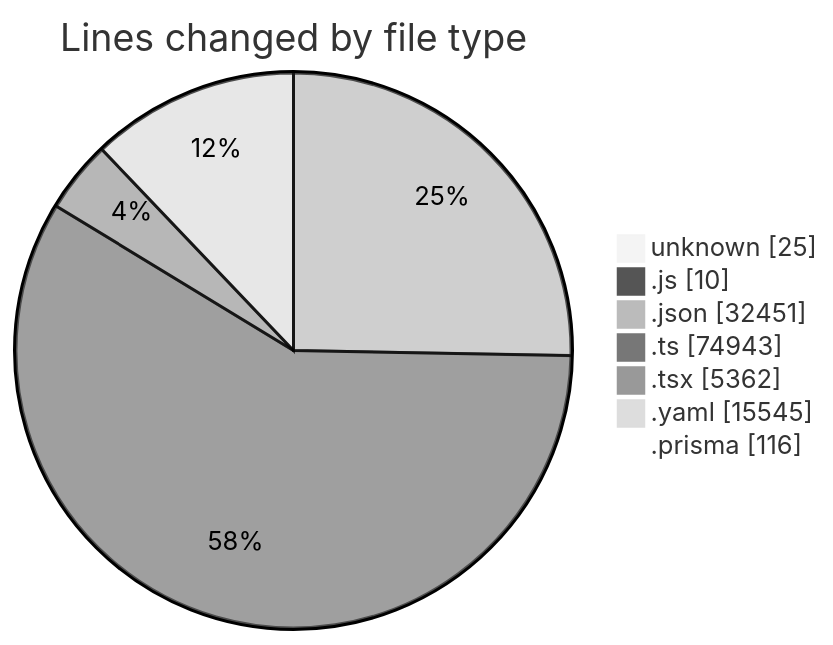
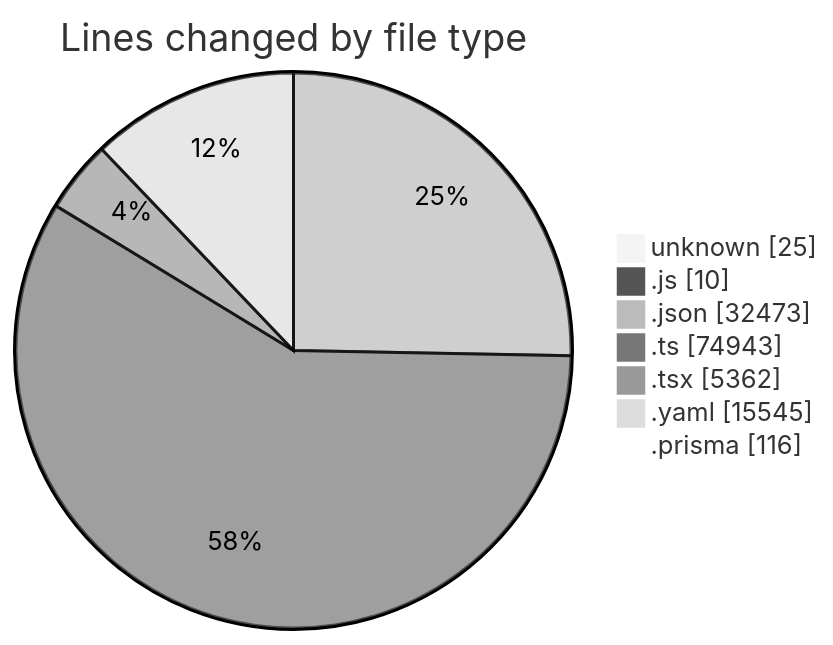
The first of 2 diagrams in 2025-05-02/ecodeli/README.md (CELIANVF/code-tracking), drawn with Mermaid (neutral theme) before and after one commit. The commit also changed other lines of this file and 1 other file, not shown here.

````diff
--- a/2025-05-02/ecodeli/README.md
+++ b/2025-05-02/ecodeli/README.md
@@ -80,11 +80,11 @@
 ```mermaid
 pie showData
 title Lines changed by file type
 "unknown" : 25
 ".js" : 10
-".json" : 32451
+".json" : 32473
 ".ts" : 74943
 ".tsx" : 5362
 ".yaml" : 15545
 ".prisma" : 116
 ```
````
